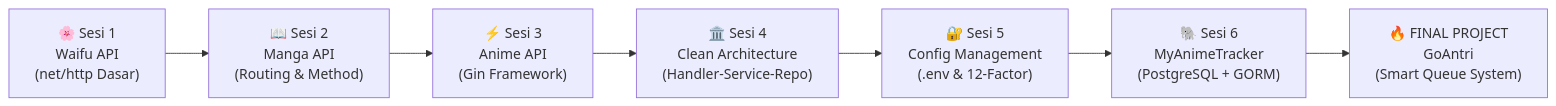
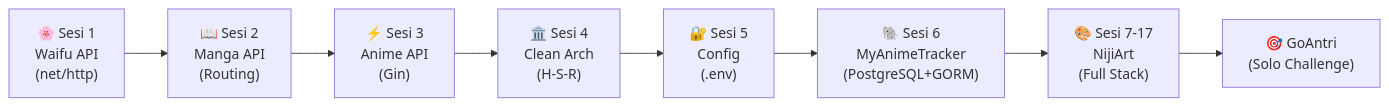
One commit to Nyanns/golang-journey changed the first of 2 diagrams in README.md. Above: the diagram before and after it, drawn with Mermaid. The commit also changed other lines of this file, not shown here.

Commit message:
docs: update README with revised roadmap (NijiArt + expanded tech stack)

````diff
--- a/README.md
+++ b/README.md
@@ -24,9 +28,10 @@
 ```mermaid
 flowchart LR
-    S1["🌸 Sesi 1\nWaifu API\n(net/http Dasar)"] --> S2["📖 Sesi 2\nManga API\n(Routing & Method)"]
-    S2 --> S3["⚡ Sesi 3\nAnime API\n(Gin Framework)"]
-    S3 --> S4["🏛️ Sesi 4\nClean Architecture\n(Handler-Service-Repo)"]
-    S4 --> S5["🔐 Sesi 5\nConfig Management\n(.env & 12-Factor)"]
-    S5 --> S6["🐘 Sesi 6\nMyAnimeTracker\n(PostgreSQL + GORM)"]
-    S6 --> Final["🔥 FINAL PROJECT\nGoAntri\n(Smart Queue System)"]
+    S1["🌸 Sesi 1\nWaifu API\n(net/http)"] --> S2["📖 Sesi 2\nManga API\n(Routing)"]
+    S2 --> S3["⚡ Sesi 3\nAnime API\n(Gin)"]
+    S3 --> S4["🏛️ Sesi 4\nClean Arch\n(H-S-R)"]
+    S4 --> S5["🔐 Sesi 5\nConfig\n(.env)"]
+    S5 --> S6["🐘 Sesi 6\nMyAnimeTracker\n(PostgreSQL+GORM)"]
+    S6 --> S7["🎨 Sesi 7-17\nNijiArt\n(Full Stack)"]
+    S7 --> FP["🎯 GoAntri\n(Solo Challenge)"]
 ```
````
